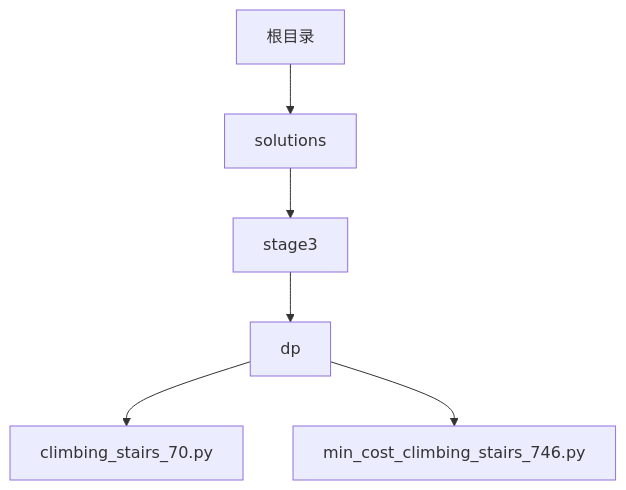
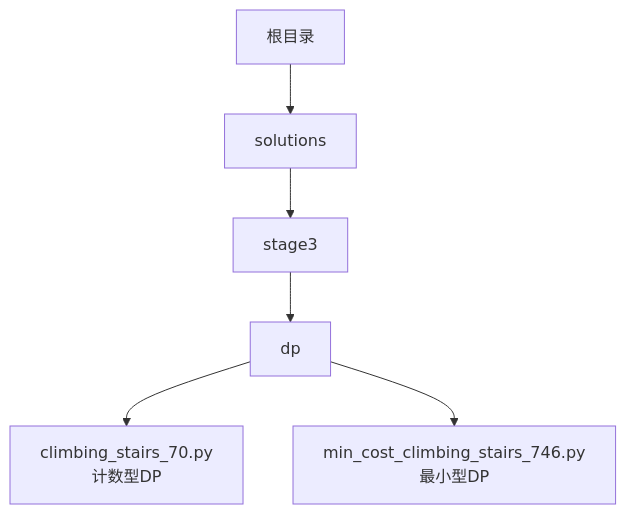
The first of 6 diagrams in .qoder/repowiki/zh/content/第三阶段：高级算法/爬楼梯问题解决方案.md (jameingh/x-leetcode), drawn with Mermaid before and after one commit. The commit also changed other lines of this file and 27 other files, not shown here.

````diff
--- a/.qoder/repowiki/zh/content/第三阶段：高级算法/爬楼梯问题解决方案.md
+++ b/.qoder/repowiki/zh/content/第三阶段：高级算法/爬楼梯问题解决方案.md
@@ -31,8 +38,8 @@
 ```mermaid
 graph TB
 A["根目录"] --> B["solutions"]
 B --> C["stage3"]
 C --> D["dp"]
-D --> E["climbing_stairs_70.py"]
-D --> F["min_cost_climbing_stairs_746.py"]
+D --> E["climbing_stairs_70.py<br/>计数型DP"]
+D --> F["min_cost_climbing_stairs_746.py<br/>最小型DP"]
 ```
````
